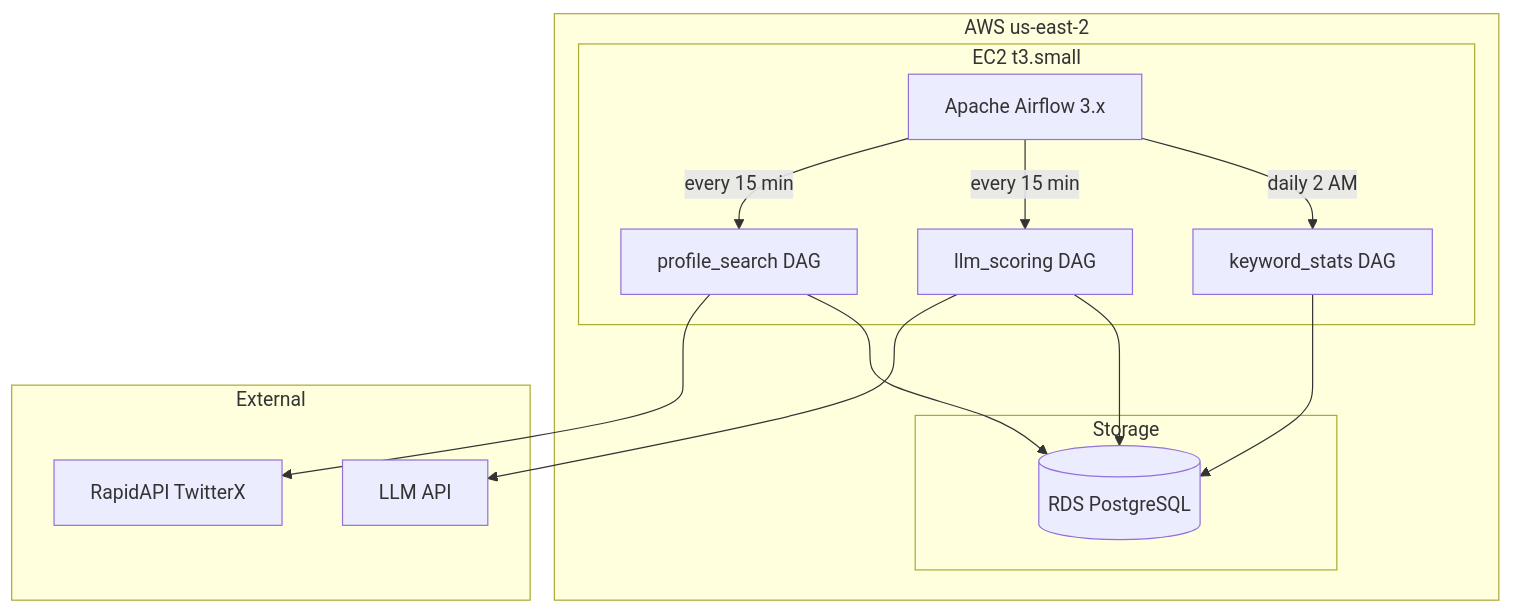
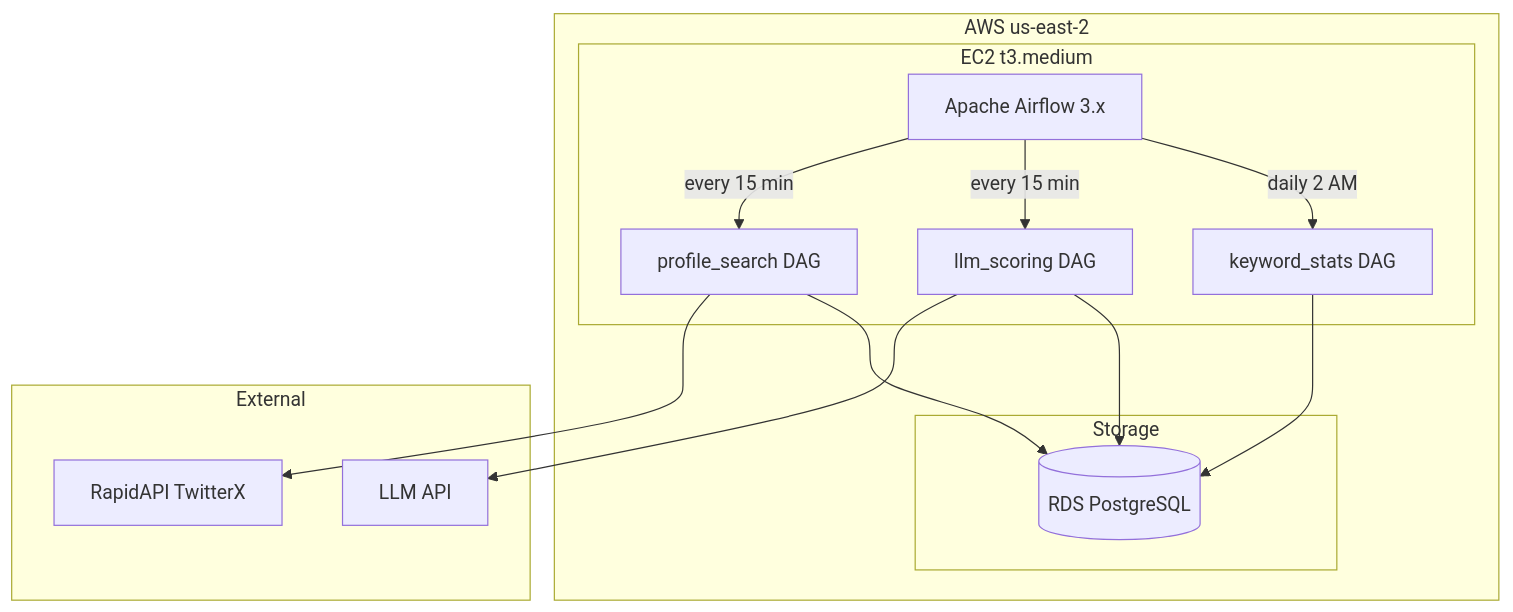
The first of 3 diagrams in docs/architecture.md (DanEscher98/twitter-profile-scorer), drawn with Mermaid before and after one commit. The commit also changed other lines of this file and 4 other files, not shown here.

````diff
--- a/docs/architecture.md
+++ b/docs/architecture.md
@@ -7,29 +7,29 @@
 ```mermaid
 graph TB
     subgraph Region["AWS us-east-2"]
-        subgraph "EC2 t3.small"
+        subgraph "EC2 t3.medium"
             AF[Apache Airflow 3.x]
             PS_DAG[profile_search DAG]
             LLM_DAG[llm_scoring DAG]
             KS_DAG[keyword_stats DAG]
         end
 
         subgraph Storage
             RDS[(RDS PostgreSQL)]
         end
     end
 
     subgraph External
         RapidAPI[RapidAPI TwitterX]
         LLM[LLM API]
     end
 
     AF -->|every 15 min| PS_DAG
     AF -->|every 15 min| LLM_DAG
     AF -->|daily 2 AM| KS_DAG
     PS_DAG --> RapidAPI
     PS_DAG --> RDS
     LLM_DAG --> LLM
     LLM_DAG --> RDS
     KS_DAG --> RDS
 ```
````
